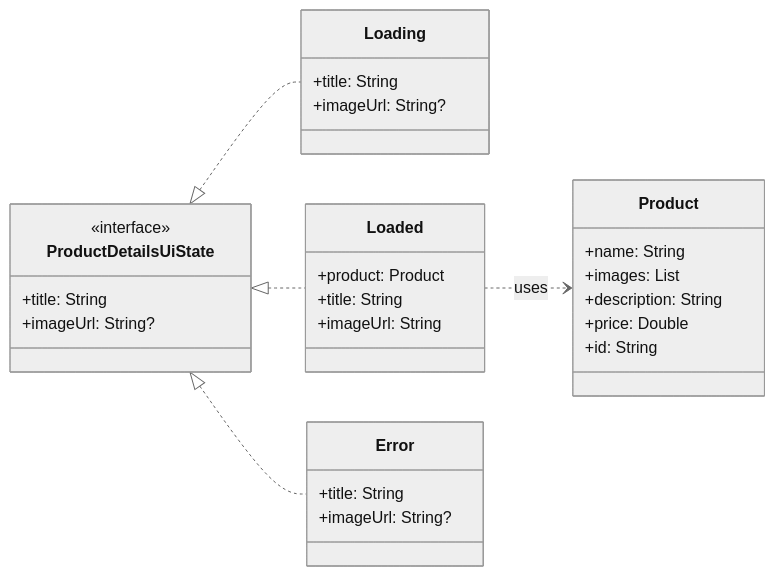
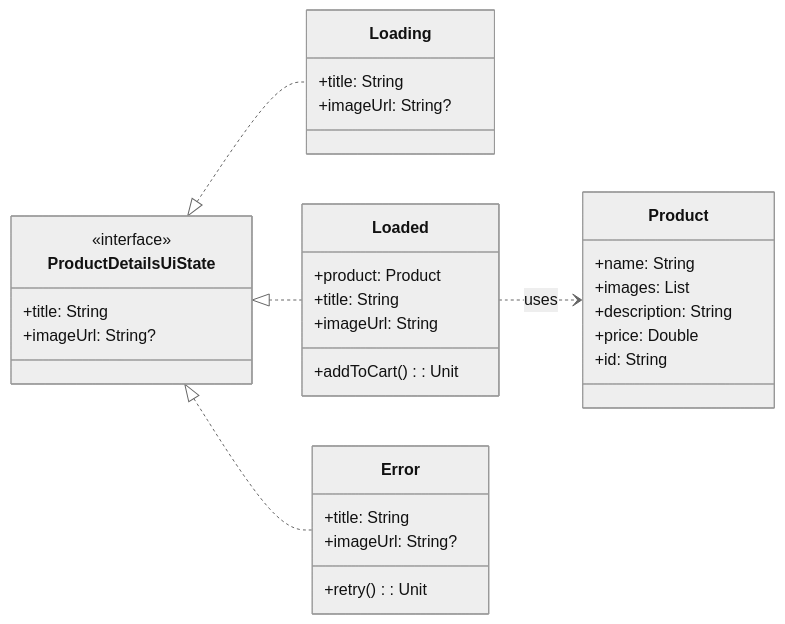
Before and after one commit to aoriani/ecomm-compose-multiplatform: the second of 2 diagrams in client/composeApp/src/commonMain/kotlin/io/aoriani/ecomm/ui/screens/productdetails/dfa.md, drawn with Mermaid (neutral theme). The commit also changed other lines of this file and 2 other files, not shown here.

First line of the commit message:
feat: Add FAB to Product Details screen for adding to cart

````diff
--- a/client/composeApp/src/commonMain/kotlin/io/aoriani/ecomm/ui/screens/productdetails/dfa.md
+++ b/client/composeApp/src/commonMain/kotlin/io/aoriani/ecomm/ui/screens/productdetails/dfa.md
@@ -26,38 +26,40 @@
 ```mermaid
 classDiagram
     direction LR
     class Product {
         +name: String
         +images: List<String>
         +description: String
         +price: Double
         +id: String
     }
 
     class ProductDetailsUiState {
         <<interface>>
         +title: String
         +imageUrl: String?
     }
 
     class Loading {
         +title: String
         +imageUrl: String?
     }
 
     class Loaded {
         +product: Product
         +title: String
         +imageUrl: String
+        +addToCart(): Unit
     }
 
     class Error {
         +title: String
         +imageUrl: String?
+        +retry(): Unit
     }
 
     ProductDetailsUiState <|.. Loading
     ProductDetailsUiState <|.. Loaded
     ProductDetailsUiState <|.. Error
     Loaded ..> Product : uses
 ```
````
